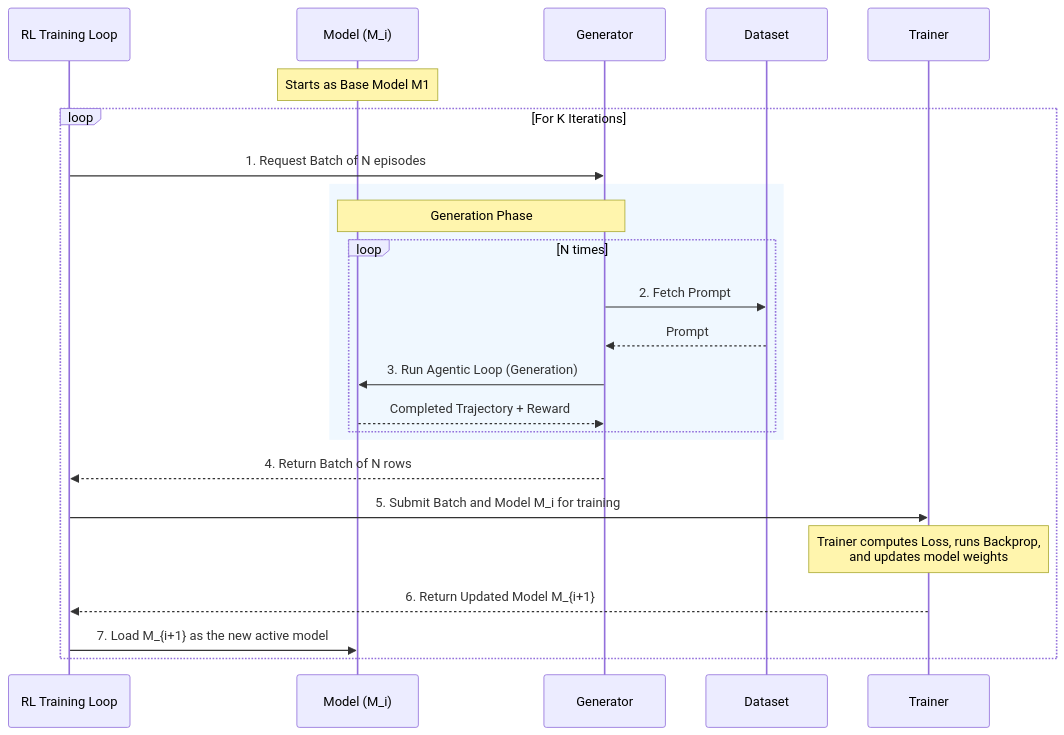
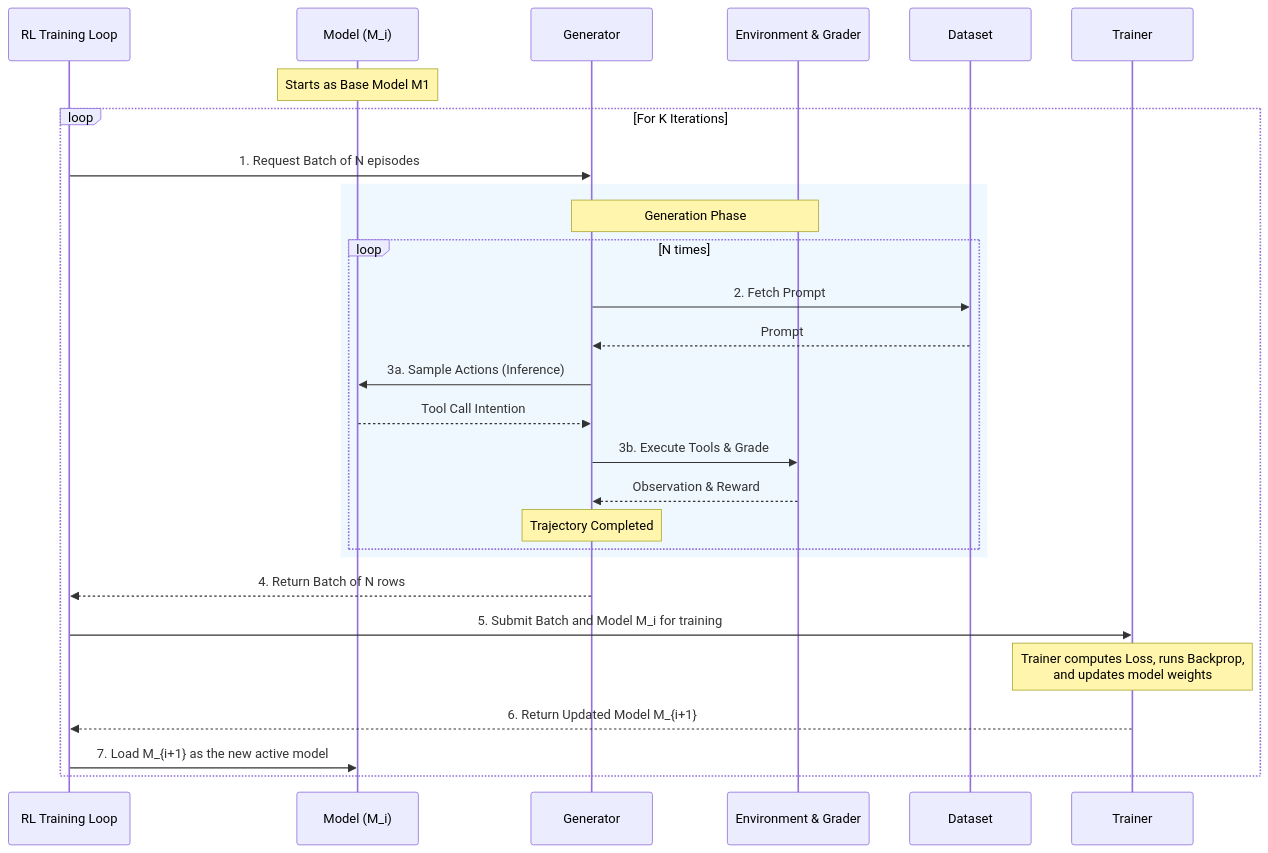
One commit to droot/RL101 changed the diagram in rl_training_loop.mmd. Above: the diagram before and after it, drawn with Mermaid. The commit also changed 6 other files, not shown here.

```diff
--- a/rl_training_loop.mmd
+++ b/rl_training_loop.mmd
@@ -1,30 +1,34 @@
 sequenceDiagram
     participant O as RL Training Loop
     participant M as Model (M_i)
     participant G as Generator
+    participant E as Environment & Grader
     participant D as Dataset
     participant T as Trainer
 
     Note over M: Starts as Base Model M1
     
     loop For K Iterations
         O->>G: 1. Request Batch of N episodes
         
         rect rgb(240, 248, 255)
-            Note over G,M: Generation Phase
+            Note over G,E: Generation Phase
             loop N times
                 G->>D: 2. Fetch Prompt
                 D-->>G: Prompt
-                G->>M: 3. Run Agentic Loop (Generation)
-                M-->>G: Completed Trajectory + Reward
+                G->>M: 3a. Sample Actions (Inference)
+                M-->>G: Tool Call Intention
+                G->>E: 3b. Execute Tools & Grade
+                E-->>G: Observation & Reward
+                Note over G: Trajectory Completed
             end
         end
         
         G-->>O: 4. Return Batch of N rows
         
         O->>T: 5. Submit Batch and Model M_i for training
         Note over T: Trainer computes Loss, runs Backprop,<br/>and updates model weights
         T-->>O: 6. Return Updated Model M_{i+1}
         
         O->>M: 7. Load M_{i+1} as the new active model
     end
```
